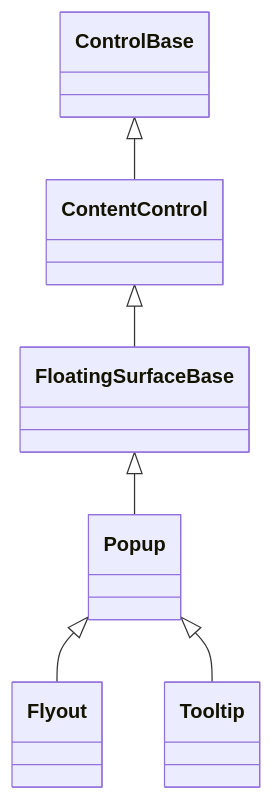
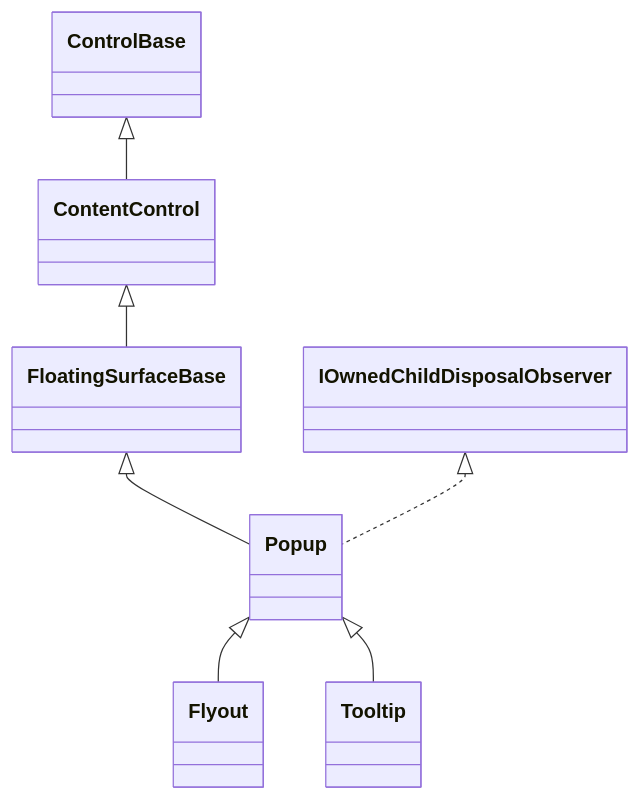
One commit to pavkam/sharp-vision changed the diagram in docs/controls/popups/popup.md. Above: the diagram before and after it, drawn with Mermaid. The commit also changed other lines of this file and 24 other files, not shown here.

````diff
--- a/docs/controls/popups/popup.md
+++ b/docs/controls/popups/popup.md
@@ -32,8 +34,9 @@
 ```mermaid
 classDiagram
     ControlBase <|-- ContentControl
     ContentControl <|-- FloatingSurfaceBase
     FloatingSurfaceBase <|-- Popup
+    IOwnedChildDisposalObserver <|.. Popup
     Popup <|-- Flyout
     Popup <|-- Tooltip
 ```
````
